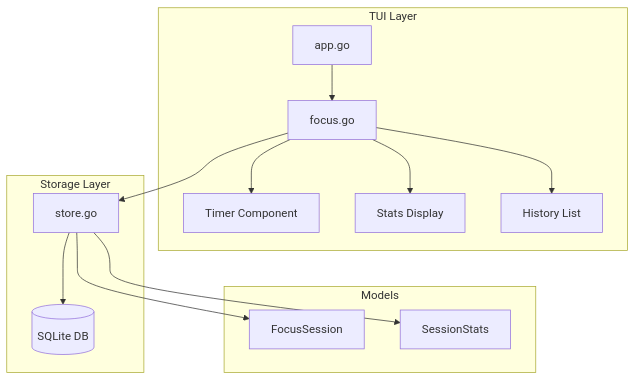
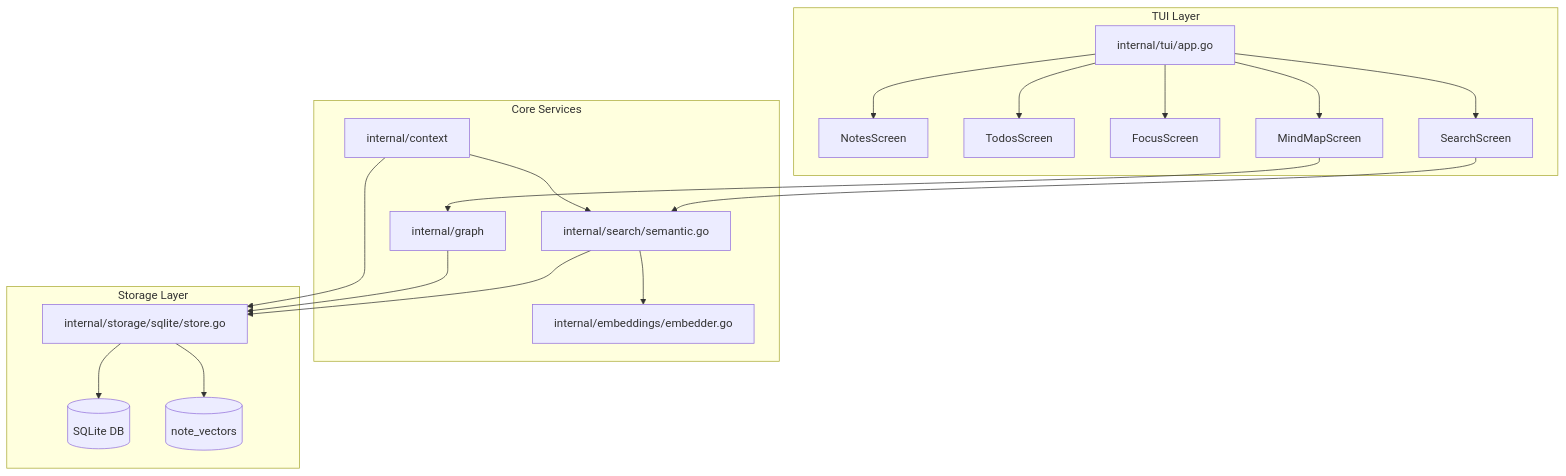
One commit to Jericoz-JC/flowState-CLI changed the diagram in README.md. Above: the diagram before and after it, drawn with Mermaid. The commit also changed other lines of this file and 24 other files, not shown here.

Commit message:
Phase 6-8: semantic search, mind map, context + tests

````diff
--- a/README.md
+++ b/README.md
@@ -42,29 +42,43 @@
 ```mermaid
 flowchart TD
     subgraph TUI [TUI Layer]
-        App[app.go]
-        Focus[focus.go]
-        Timer[Timer Component]
-        Stats[Stats Display]
-        History[History List]
+        App[internal/tui/app.go]
+        Notes[NotesScreen]
+        Todos[TodosScreen]
+        Focus[FocusScreen]
+        Search[SearchScreen]
+        MindMap[MindMapScreen]
     end
-    
+
+    subgraph Core [Core Services]
+        Semantic[internal/search/semantic.go]
+        Embedder[internal/embeddings/embedder.go]
+        Graph[internal/graph]
+        Context[internal/context]
+    end
+
     subgraph Storage [Storage Layer]
-        Store[store.go]
+        Store[internal/storage/sqlite/store.go]
         SQLite[(SQLite DB)]
+        Vectors[(note_vectors)]
     end
-    
-    subgraph Models [Models]
-        Session[FocusSession]
-        SessionStats[SessionStats]
-    end
-    
+
+    App --> Notes
+    App --> Todos
     App --> Focus
-    Focus --> Timer
-    Focus --> Stats
-    Focus --> History
-    Focus --> Store
+    App --> Search
+    App --> MindMap
+
+    Search --> Semantic
+    Semantic --> Embedder
+    Semantic --> Store
+
+    MindMap --> Graph
+    Graph --> Store
+
+    Context --> Semantic
+    Context --> Store
+
     Store --> SQLite
-    Store --> Session
-    Store --> SessionStats
+    Store --> Vectors
 ```
````
